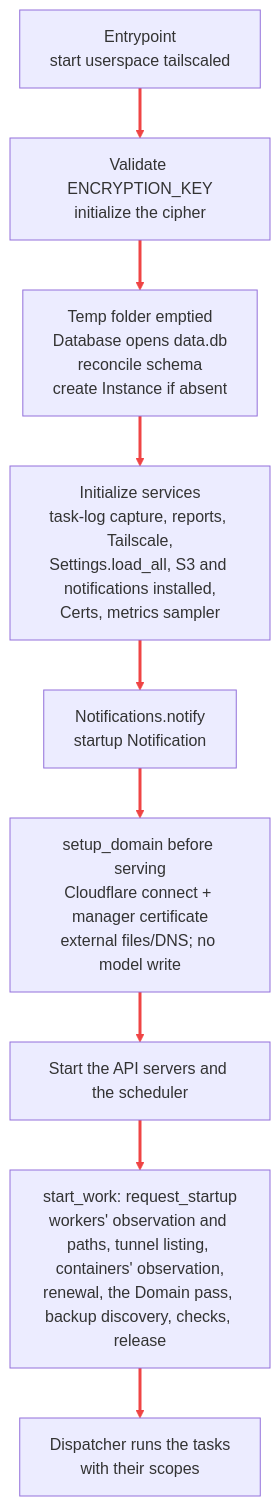
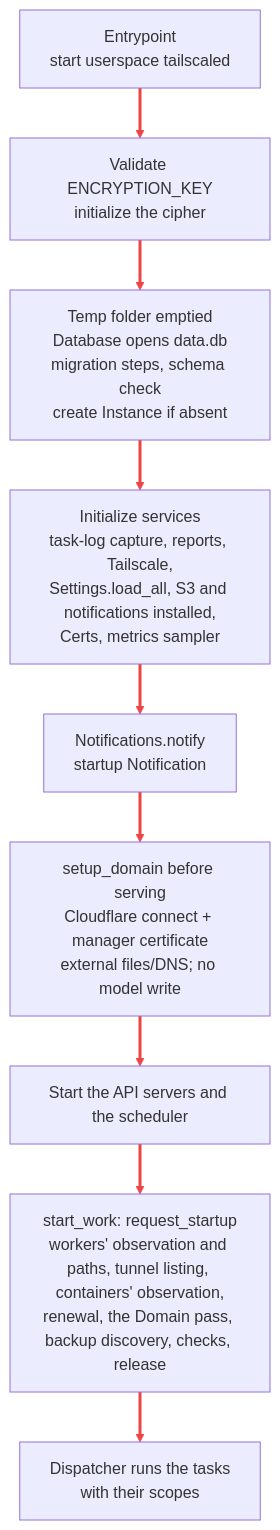
One commit to v31-dev/sage changed the fourth of 4 diagrams in docs/operations.md. Above: the diagram before and after it, drawn with Mermaid. The commit also changed other lines of this file and 45 other files, not shown here.

````diff
--- a/docs/operations.md
+++ b/docs/operations.md
@@ -361,16 +361,16 @@
 ```mermaid
 %%{init: {"themeVariables": {"lineColor": "#ef4444"}, "themeCSS": ".marker { overflow: visible; } .arrowMarkerPath { stroke-width: 2px !important; } .edge-pattern-dotted { stroke-dasharray: 8 6 !important; }"}}%%
 flowchart TB
     entry["Entrypoint<br/>start userspace tailscaled"]
     key["Validate ENCRYPTION_KEY<br/>initialize the cipher"]
-    database["Temp folder emptied<br/>Database opens data.db<br/>reconcile schema<br/>create Instance if absent"]
+    database["Temp folder emptied<br/>Database opens data.db<br/>migration steps, schema check<br/>create Instance if absent"]
     services["Initialize services<br/>task-log capture, reports, Tailscale,<br/>Settings.load_all, S3 and notifications installed,<br/>Certs, metrics sampler"]
     notice["Notifications.notify<br/>startup Notification"]
     bootstrap["setup_domain before serving<br/>Cloudflare connect + manager certificate<br/>external files/DNS; no model write"]
     serve["Start the API servers and the scheduler"]
     enqueue["start_work: request_startup<br/>workers' observation and paths, tunnel listing, containers' observation,<br/>renewal, the Domain pass, backup discovery, checks, release"]
     run["Dispatcher runs the tasks<br/>with their scopes"]
 
     entry --> key --> database --> services --> notice --> bootstrap --> serve --> enqueue --> run
     linkStyle default stroke:#ef4444,stroke-width:3px
 ```
````
